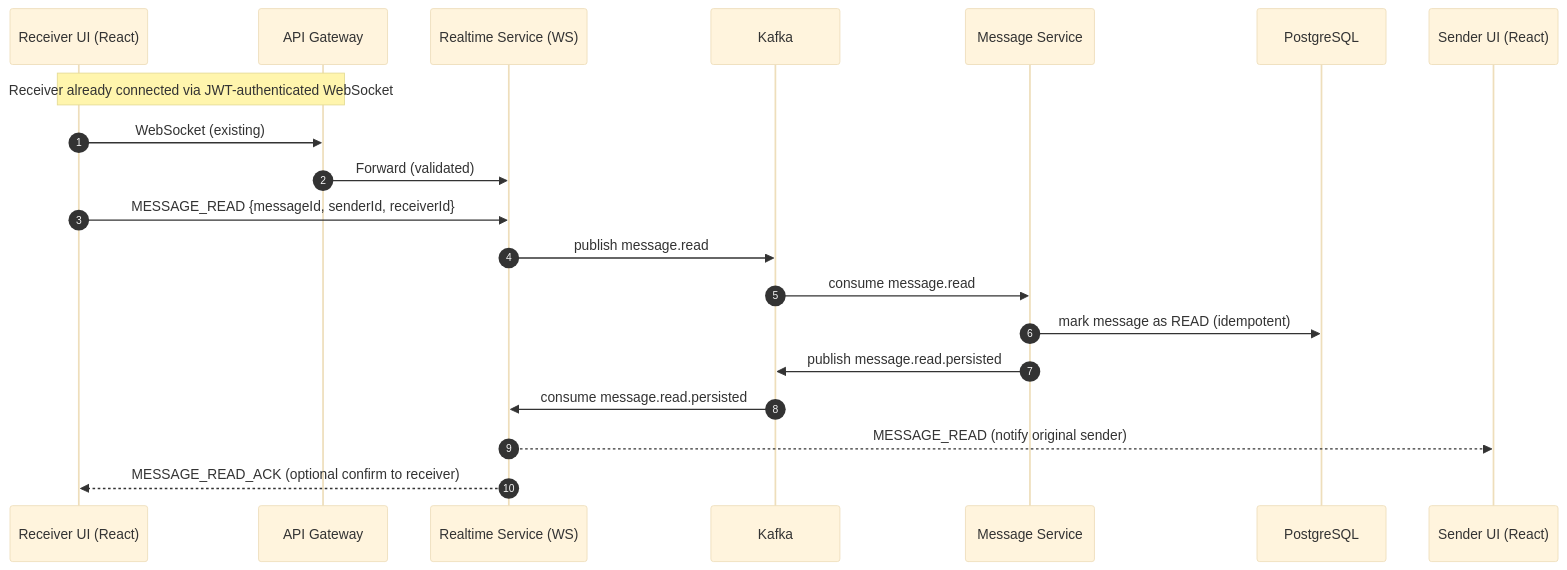
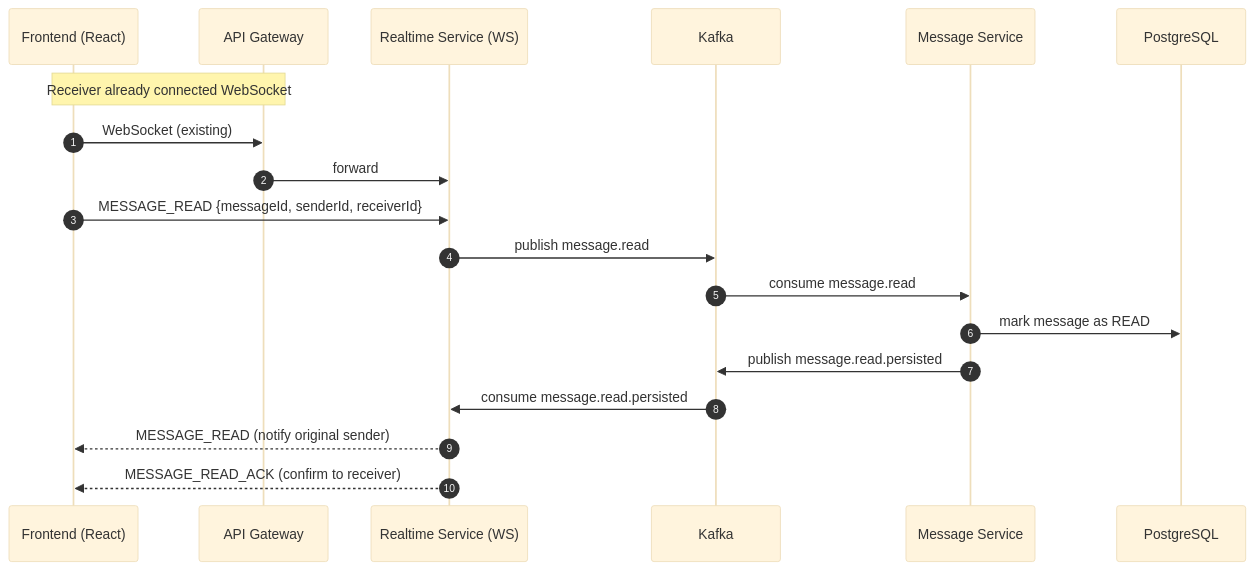
One commit to psobow/chat-app changed the fourth of 4 diagrams in README.md. Above: the diagram before and after it, drawn with Mermaid (base theme). The commit also changed other lines of this file, not shown here.

````diff
--- a/README.md
+++ b/README.md
@@ -278,28 +282,27 @@
 ```mermaid
 sequenceDiagram
   autonumber
-  participant UI_R as Receiver UI (React)
+  participant UI as Frontend (React)
   participant GW as API Gateway
   participant RT as Realtime Service (WS)
   participant K as Kafka
   participant MS as Message Service
   participant DB as PostgreSQL
-  participant UI_S as Sender UI (React)
 
-  Note over UI_R,GW: Receiver already connected via JWT-authenticated WebSocket
+  Note over UI,GW: Receiver already connected WebSocket
 
-  UI_R->>GW: WebSocket (existing)
-  GW->>RT: Forward (validated)
+  UI->>GW: WebSocket (existing)
+  GW->>RT: forward
 
-  UI_R->>RT: MESSAGE_READ {messageId, senderId, receiverId}
+  UI->>RT: MESSAGE_READ {messageId, senderId, receiverId}
   RT->>K: publish message.read
 
   K->>MS: consume message.read
-  MS->>DB: mark message as READ (idempotent)
+  MS->>DB: mark message as READ
   MS->>K: publish message.read.persisted
 
   K->>RT: consume message.read.persisted
-  RT-->>UI_S: MESSAGE_READ (notify original sender)
-  RT-->>UI_R: MESSAGE_READ_ACK (optional confirm to receiver)
+  RT-->>UI: MESSAGE_READ (notify original sender)
+  RT-->>UI: MESSAGE_READ_ACK (confirm to receiver)
 
 ```
````
